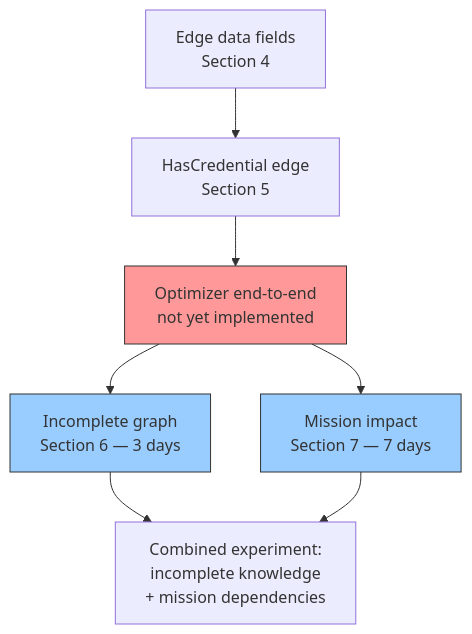
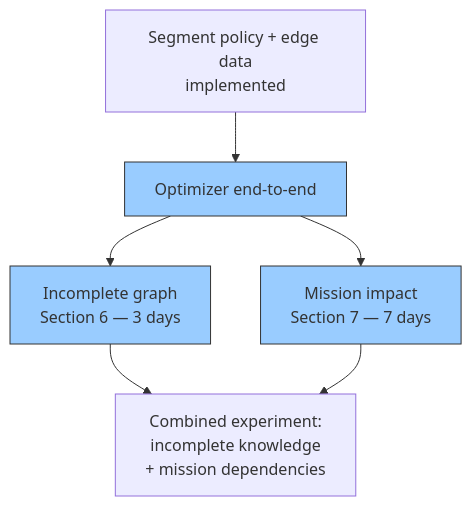
One commit to michalo1334/master_thesis changed the third of 3 diagrams in docs/concepts/graph-model-evaluation.md. Above: the diagram before and after it, drawn with Mermaid. The commit also changed other lines of this file and 32 other files, not shown here.

````diff
--- a/docs/concepts/graph-model-evaluation.md
+++ b/docs/concepts/graph-model-evaluation.md
@@ -614,13 +418,12 @@
 ```mermaid
 flowchart TD
-    A[Edge data fields<br/>Section 4] --> B[HasCredential edge<br/>Section 5]
-    B --> C[Optimizer end-to-end<br/>not yet implemented]
+    A[Segment policy + edge data<br/>implemented] --> C[Optimizer end-to-end]
     C --> D[Incomplete graph<br/>Section 6 — 3 days]
     C --> E[Mission impact<br/>Section 7 — 7 days]
     D --> F[Combined experiment:<br/>incomplete knowledge<br/>+ mission dependencies]
     E --> F
 
-    style C fill:#ff9999,stroke:#333
+    style C fill:#99ccff,stroke:#333
     style D fill:#99ccff,stroke:#333
     style E fill:#99ccff,stroke:#333
 ```
````
